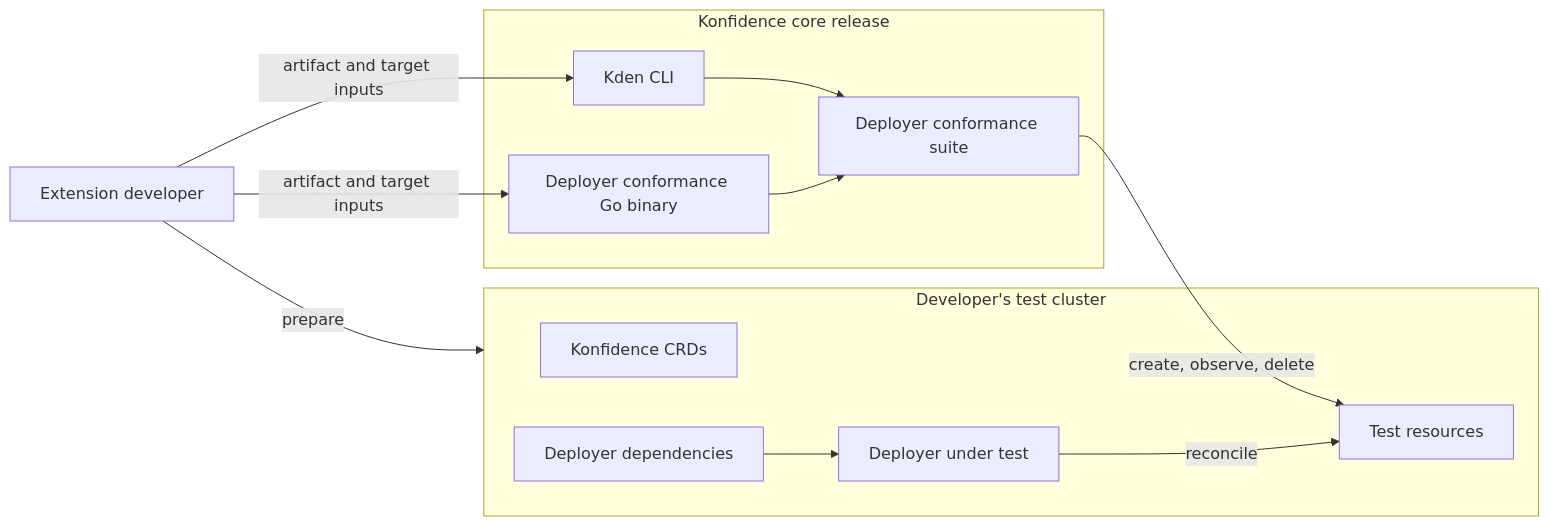
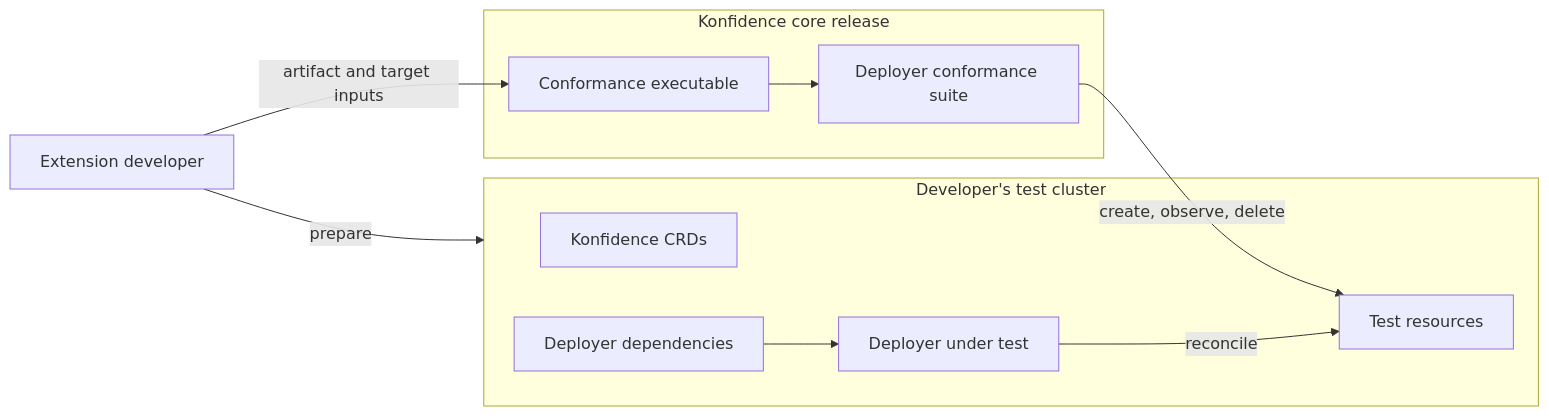
Before and after one commit to konfidence-project/konfidence-docs: the first of 2 diagrams in src/docs/extend-customize/decisions/adr-0042-deployer-conformance-test-setup.md, drawn with Mermaid. The commit also changed other lines of this file, not shown here.

Commit message:
docs: update ADR for conformance test setup and execution after review

````diff
--- a/src/docs/extend-customize/decisions/adr-0042-deployer-conformance-test-setup.md
+++ b/src/docs/extend-customize/decisions/adr-0042-deployer-conformance-test-setup.md
@@ -29,26 +29,23 @@
 ```mermaid
 flowchart LR
   Developer[Extension developer]
 
   subgraph Release["Konfidence core release"]
-    CLI[Kden CLI]
-    Binary[Deployer conformance Go binary]
+    Binary[Conformance executable]
     Suite[Deployer conformance suite]
-    CLI --> Suite
     Binary --> Suite
   end
 
   subgraph Cluster["Developer's test cluster"]
     CRDs[Konfidence CRDs]
     Dependencies[Deployer dependencies]
     Deployer[Deployer under test]
     Resources[Test resources]
   end
 
   Developer -->|prepare| Cluster
-  Developer -->|artifact and target inputs| CLI
   Developer -->|artifact and target inputs| Binary
   Suite -->|create, observe, delete| Resources
   Deployer -->|reconcile| Resources
   Dependencies --> Deployer
 ```
````
